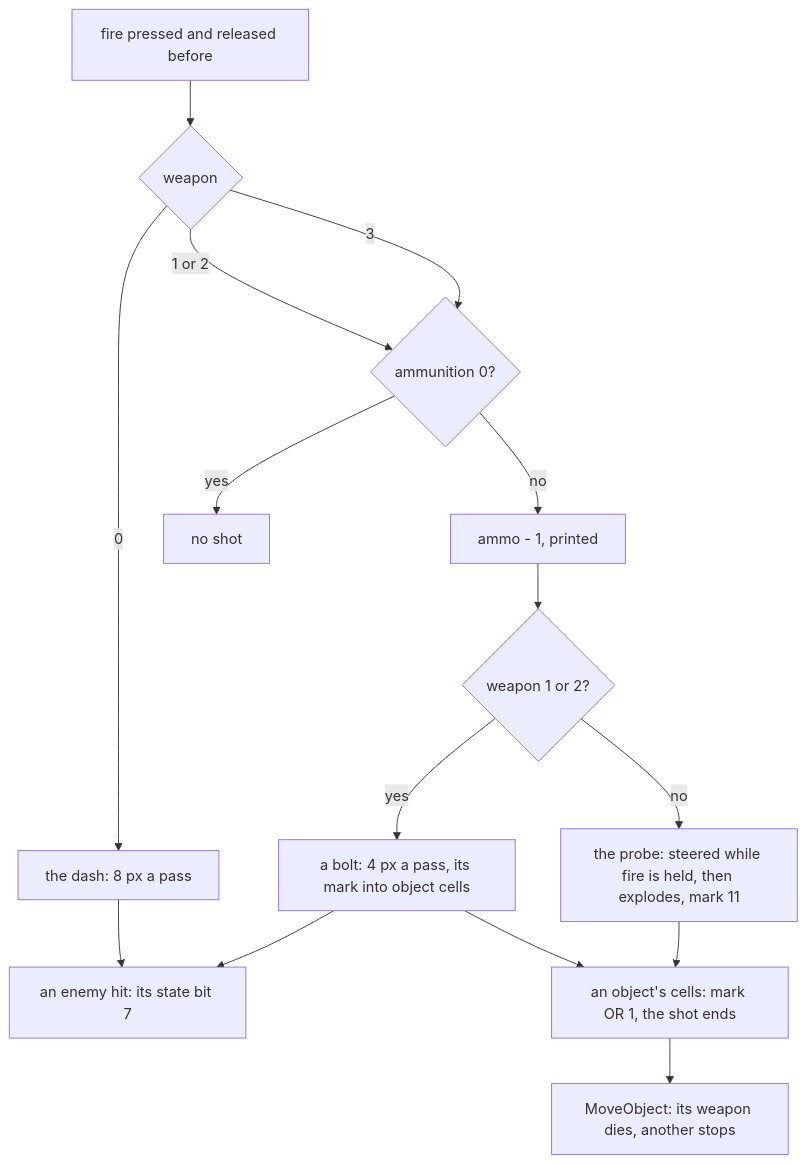
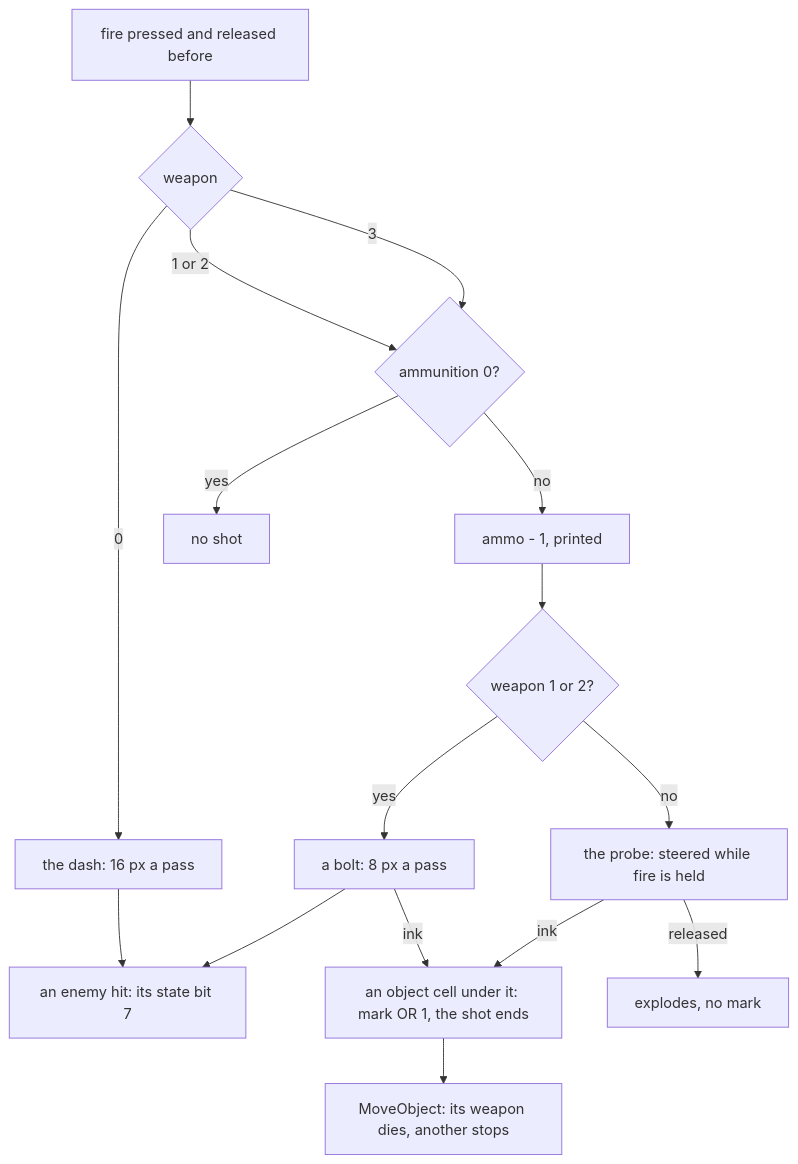
The fifth of 13 diagrams in games/tujad/docs/10-gameplay-logic.md (alfishe/unrealng-reverse-cases), drawn with Mermaid before and after one commit. The commit also changed other lines of this file and 44 other files, not shown here.

````diff
--- a/games/tujad/docs/10-gameplay-logic.md
+++ b/games/tujad/docs/10-gameplay-logic.md
@@ -376,17 +400,18 @@
 ```mermaid
 flowchart TD
     F[fire pressed and released before] --> W{weapon}
-    W -- 0 --> D0[the dash: 8 px a pass]
+    W -- 0 --> D0[the dash: 16 px a pass]
     W -- 1 or 2 --> AM{ammunition 0?}
     W -- 3 --> AM
     AM -- yes --> NO[no shot]
     AM -- no --> P[ammo - 1, printed]
     P --> B12{weapon 1 or 2?}
-    B12 -- yes --> BO[a bolt: 4 px a pass, its mark into object cells]
-    B12 -- no --> PR[the probe: steered while fire is held, then explodes, mark 11]
+    B12 -- yes --> BO[a bolt: 8 px a pass]
+    B12 -- no --> PR[the probe: steered while fire is held]
     D0 --> EN[an enemy hit: its state bit 7]
     BO --> EN
-    BO --> OB[an object's cells: mark OR 1, the shot ends]
-    PR --> OB
+    BO -- ink --> OB[an object cell under it: mark OR 1, the shot ends]
+    PR -- ink --> OB
+    PR -- released --> PX[explodes, no mark]
     OB --> MO[MoveObject: its weapon dies, another stops]
 ```
````
